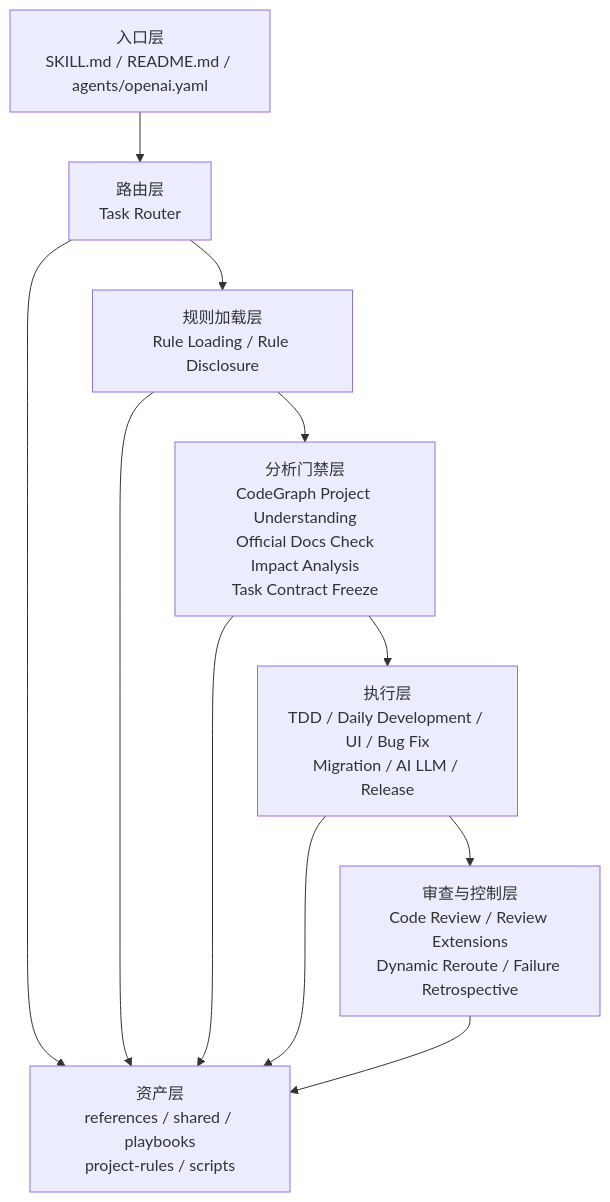
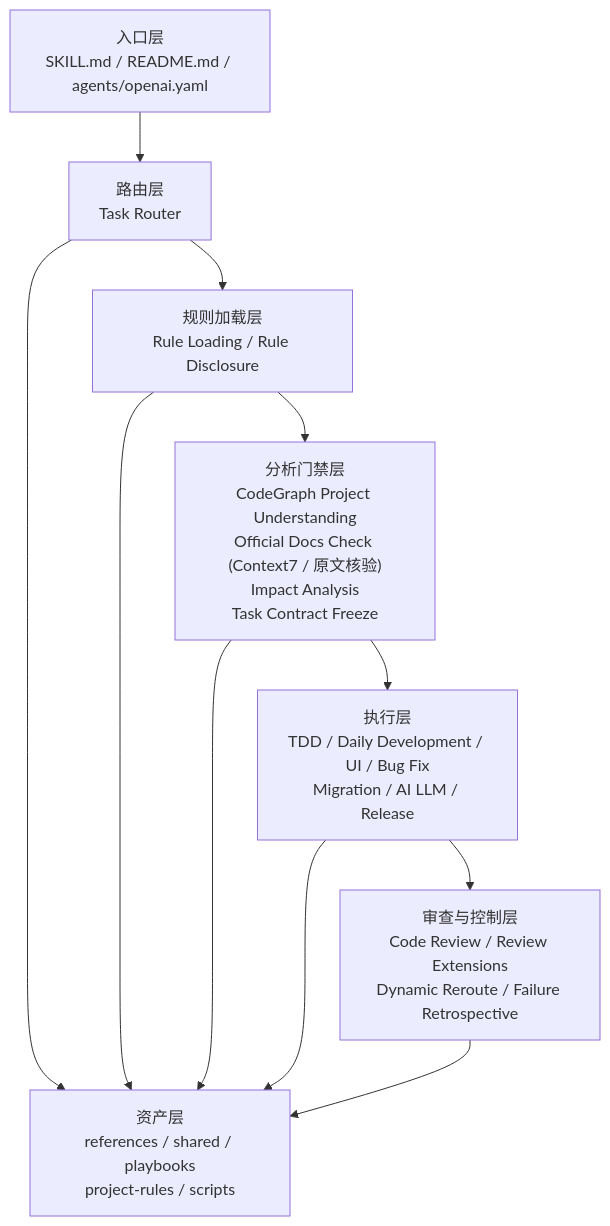
The first of 2 diagrams in README.md (rainiva/DevGuard), drawn with Mermaid before and after one commit. The commit also changed other lines of this file and 8 other files, not shown here.

````diff
--- a/README.md
+++ b/README.md
@@ -46,21 +46,21 @@
 ```mermaid
 flowchart TB
   A["入口层<br/>SKILL.md / README.md / agents/openai.yaml"]
   B["路由层<br/>Task Router"]
   C["规则加载层<br/>Rule Loading / Rule Disclosure"]
-  D["分析门禁层<br/>CodeGraph Project Understanding<br/>Official Docs Check<br/>Impact Analysis<br/>Task Contract Freeze"]
+  D["分析门禁层<br/>CodeGraph Project Understanding<br/>Official Docs Check (Context7 / 原文核验)<br/>Impact Analysis<br/>Task Contract Freeze"]
   E["执行层<br/>TDD / Daily Development / UI / Bug Fix<br/>Migration / AI LLM / Release"]
   F["审查与控制层<br/>Code Review / Review Extensions<br/>Dynamic Reroute / Failure Retrospective"]
   G["资产层<br/>references / shared / playbooks<br/>project-rules / scripts"]
 
   A --> B
   B --> C
   C --> D
   D --> E
   E --> F
   B --> G
   C --> G
   D --> G
   E --> G
   F --> G
 ```
````
